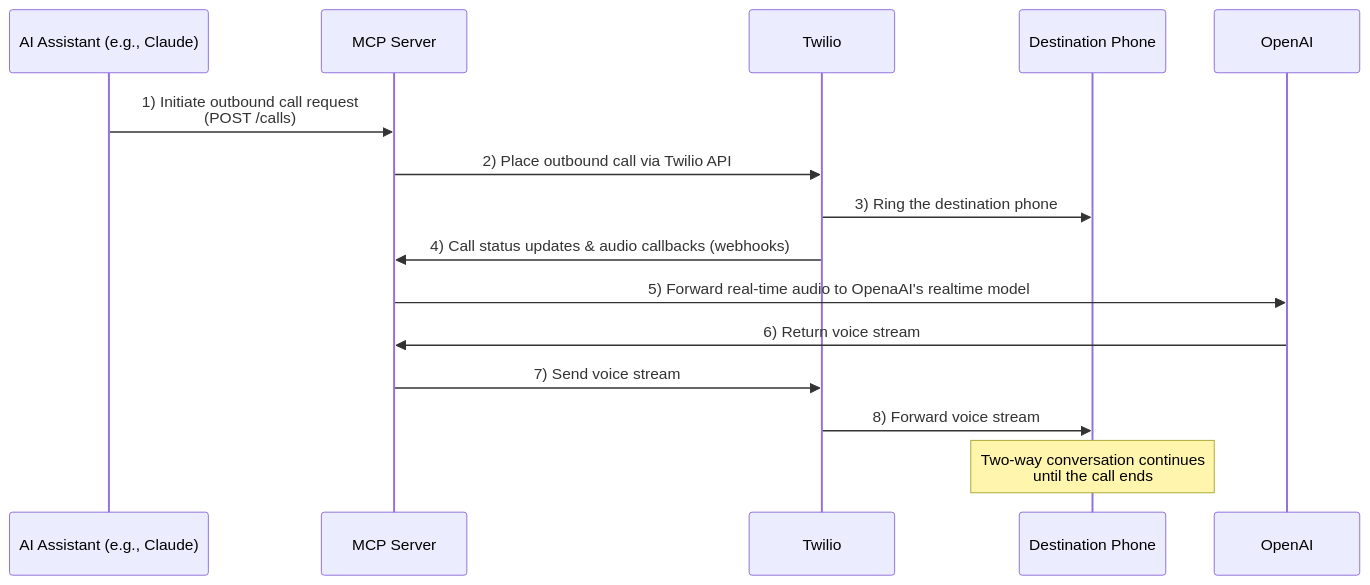
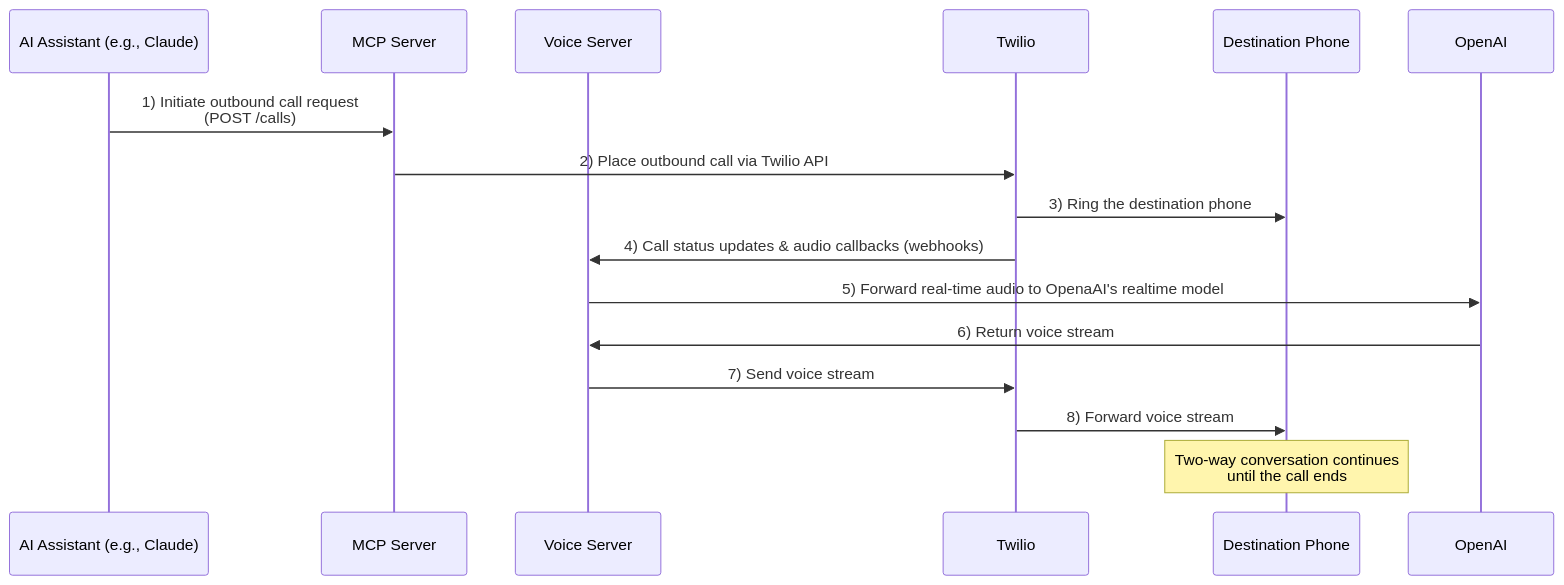
The diagram in README.md (theamolghuge/voice-call-mcp-server), drawn with Mermaid before and after one commit.

Commit message:
Update schema

````diff
--- a/README.md
+++ b/README.md
@@ -7,18 +7,19 @@
 ```mermaid
 sequenceDiagram
     participant AI as AI Assistant (e.g., Claude)
     participant MCP as MCP Server
+    participant Voice as Voice Server
     participant Twilio as Twilio
     participant Phone as Destination Phone
     participant OpenAI as OpenAI
     
     AI->>MCP: 1) Initiate outbound call request <br>(POST /calls)
     MCP->>Twilio: 2) Place outbound call via Twilio API
     Twilio->>Phone: 3) Ring the destination phone
-    Twilio->>MCP: 4) Call status updates & audio callbacks (webhooks)
-    MCP->>OpenAI: 5) Forward real-time audio to OpenaAI's realtime model
-    OpenAI->>MCP: 6) Return voice stream
-    MCP->>Twilio: 7) Send voice stream
+    Twilio->>Voice: 4) Call status updates & audio callbacks (webhooks)
+    Voice->>OpenAI: 5) Forward real-time audio to OpenaAI's realtime model
+    OpenAI->>Voice: 6) Return voice stream
+    Voice->>Twilio: 7) Send voice stream
     Twilio->>Phone: 8) Forward voice stream
     Note over Phone: Two-way conversation continues <br>until the call ends
 ```
````
